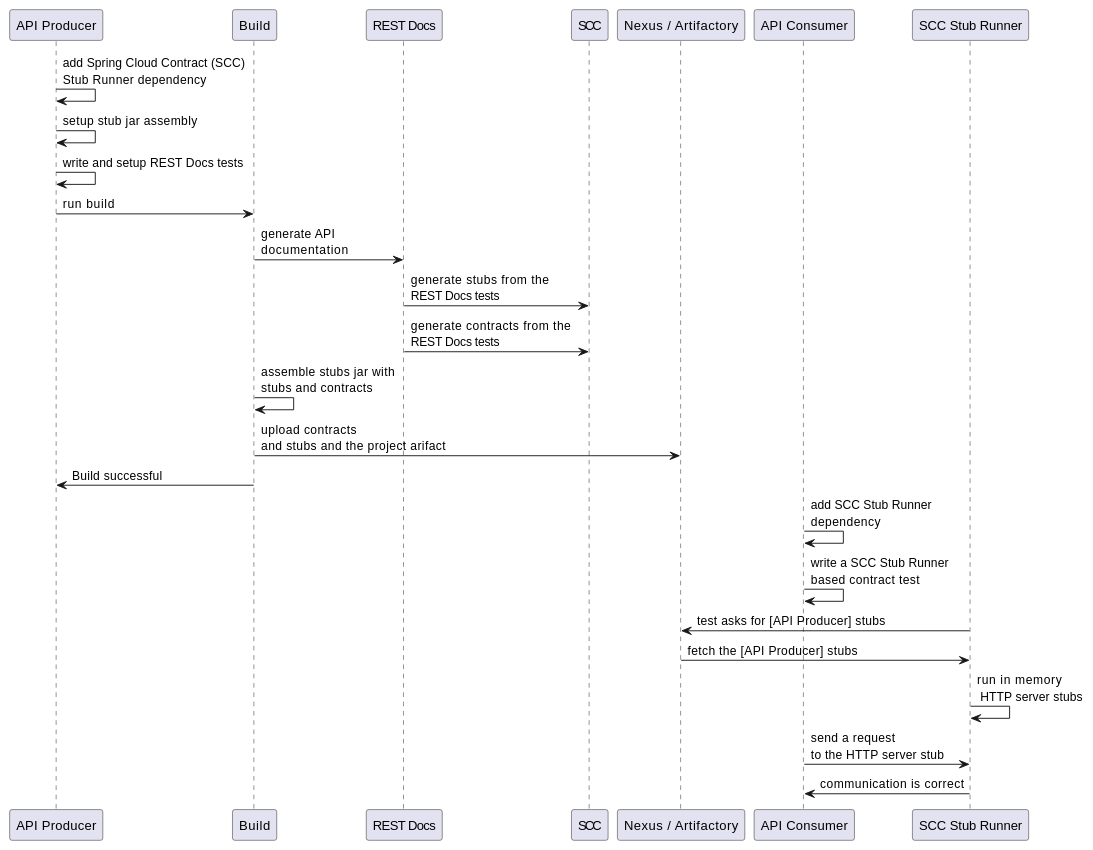
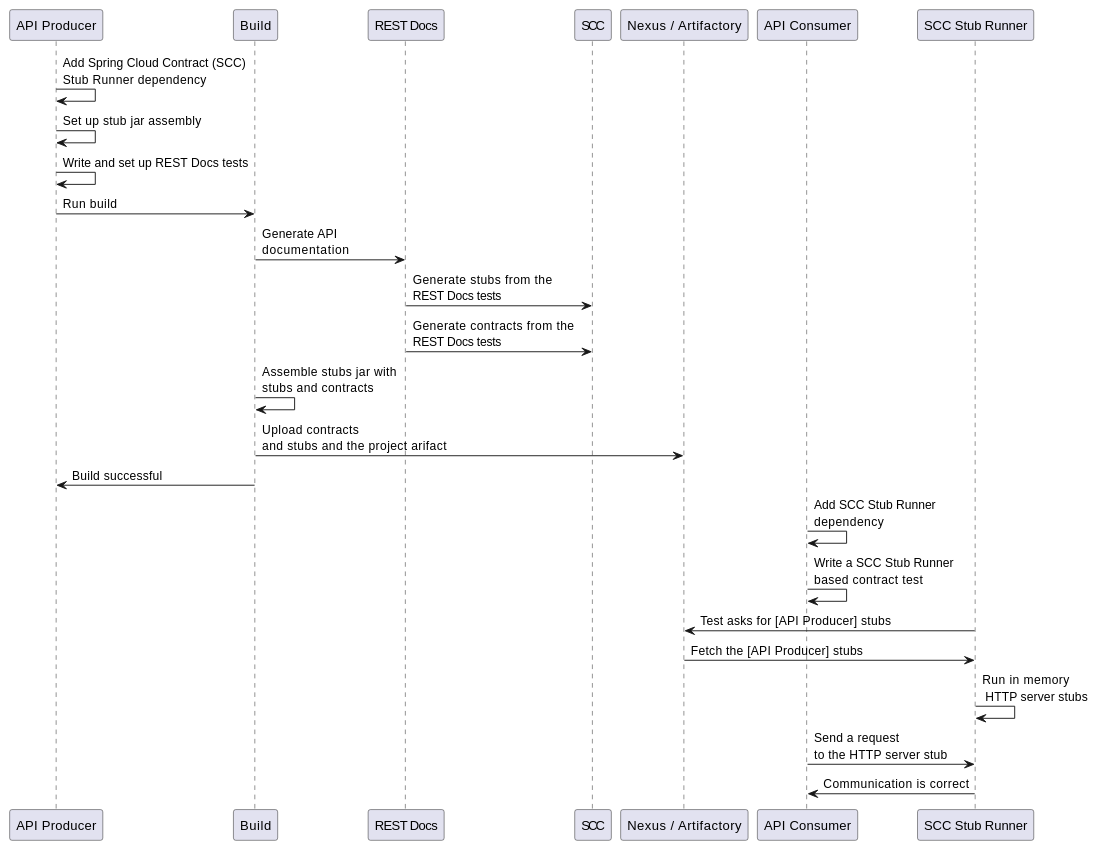
Before and after one commit to spring-cloud/spring-cloud-contract: the diagram in docs/src/main/asciidoc/_project-features-flows.adoc, drawn with PlantUML. The commit also changed other lines of this file and 20 other files, not shown here.

```diff
--- a/docs/src/main/asciidoc/_project-features-flows.adoc
+++ b/docs/src/main/asciidoc/_project-features-flows.adoc
@@ -190,20 +194,20 @@
 [plantuml, rest-docs, png]
 ----
-"API Producer"->"API Producer": add Spring Cloud Contract (SCC) \nStub Runner dependency
-"API Producer"->"API Producer": setup stub jar assembly
-"API Producer"->"API Producer": write and setup REST Docs tests
-"API Producer"->"Build": run build
-"Build"->"REST Docs": generate API \ndocumentation
-"REST Docs"->"SCC": generate stubs from the \nREST Docs tests
-"REST Docs"->"SCC": generate contracts from the \nREST Docs tests
-"Build"->"Build": assemble stubs jar with \nstubs and contracts
-"Build"->"Nexus / Artifactory": upload contracts \nand stubs and the project arifact
+"API Producer"->"API Producer": Add Spring Cloud Contract (SCC) \nStub Runner dependency
+"API Producer"->"API Producer": Set up stub jar assembly
+"API Producer"->"API Producer": Write and set up REST Docs tests
+"API Producer"->"Build": Run build
+"Build"->"REST Docs": Generate API \ndocumentation
+"REST Docs"->"SCC": Generate stubs from the \nREST Docs tests
+"REST Docs"->"SCC": Generate contracts from the \nREST Docs tests
+"Build"->"Build": Assemble stubs jar with \nstubs and contracts
+"Build"->"Nexus / Artifactory": Upload contracts \nand stubs and the project arifact
 "Build"->"API Producer": Build successful
-"API Consumer"->"API Consumer": add SCC Stub Runner \ndependency
-"API Consumer"->"API Consumer": write a SCC Stub Runner \nbased contract test
-"SCC Stub Runner"->"Nexus / Artifactory": test asks for [API Producer] stubs
-"Nexus / Artifactory"->"SCC Stub Runner": fetch the [API Producer] stubs
-"SCC Stub Runner"->"SCC Stub Runner": run in memory\n HTTP server stubs
-"API Consumer"->"SCC Stub Runner": send a request \nto the HTTP server stub
-"SCC Stub Runner"->"API Consumer": communication is correct
+"API Consumer"->"API Consumer": Add SCC Stub Runner \ndependency
+"API Consumer"->"API Consumer": Write a SCC Stub Runner \nbased contract test
+"SCC Stub Runner"->"Nexus / Artifactory": Test asks for [API Producer] stubs
+"Nexus / Artifactory"->"SCC Stub Runner": Fetch the [API Producer] stubs
+"SCC Stub Runner"->"SCC Stub Runner": Run in memory\n HTTP server stubs
+"API Consumer"->"SCC Stub Runner": Send a request \nto the HTTP server stub
+"SCC Stub Runner"->"API Consumer": Communication is correct
 ----
```
